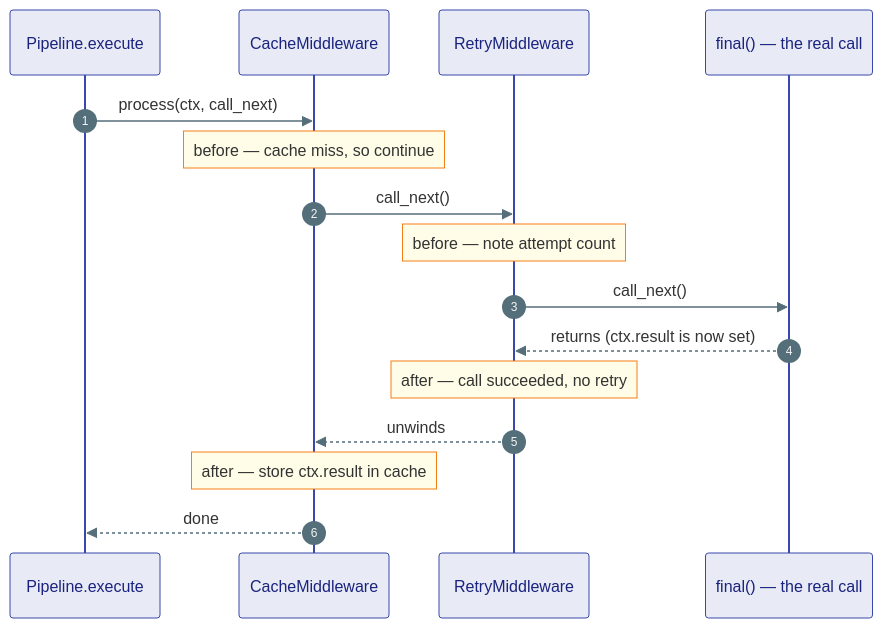
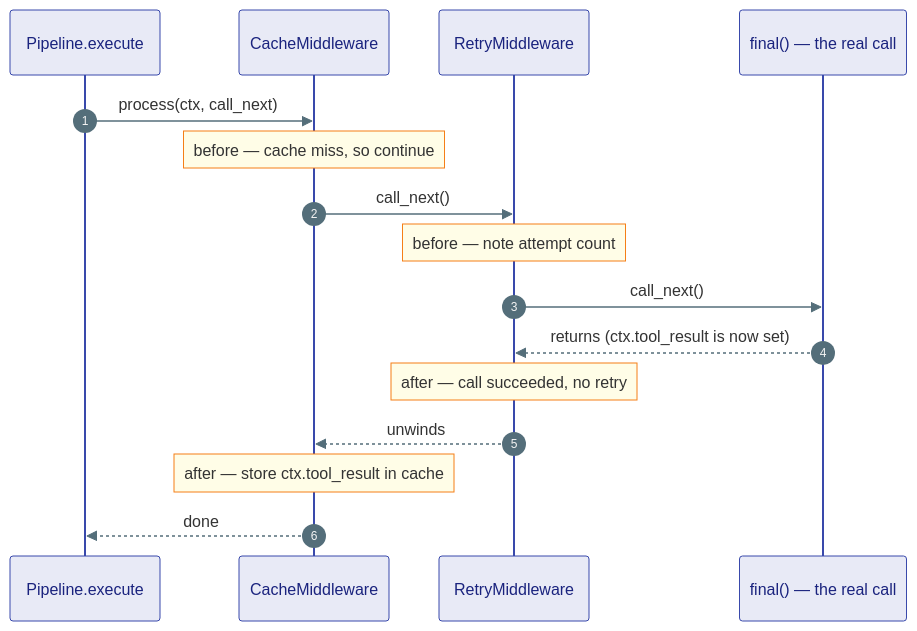
The second of 5 diagrams in agents/agent-substrate/docs/agents/05-middleware-and-guardrails.md (Ravikumarchavva/agent-substrate), drawn with Mermaid before and after one commit. The commit also changed other lines of this file and 44 other files, not shown here.

First line of the commit message:
Refactor middleware architecture to unify context handling and enhance versioning checks

````diff
--- a/agents/agent-substrate/docs/agents/05-middleware-and-guardrails.md
+++ b/agents/agent-substrate/docs/agents/05-middleware-and-guardrails.md
@@ -134,20 +149,20 @@
 ```mermaid
 %%{init: {'theme': 'base', 'themeVariables': {'actorBkg': '#E8EAF6','actorBorder': '#3949AB','actorTextColor': '#1A237E','signalColor': '#546E7A','noteBkgColor': '#FFFDE7','noteBorderColor': '#F57F17','fontSize': '12px'}}}%%
 sequenceDiagram
     autonumber
     participant P as Pipeline.execute
     participant C as CacheMiddleware
     participant R as RetryMiddleware
     participant F as final() — the real call
 
     P->>C: process(ctx, call_next)
     Note over C: before — cache miss, so continue
     C->>R: call_next()
     Note over R: before — note attempt count
     R->>F: call_next()
-    F-->>R: returns (ctx.result is now set)
+    F-->>R: returns (ctx.tool_result is now set)
     Note over R: after — call succeeded, no retry
     R-->>C: unwinds
-    Note over C: after — store ctx.result in cache
+    Note over C: after — store ctx.tool_result in cache
     C-->>P: done
 ```
````
